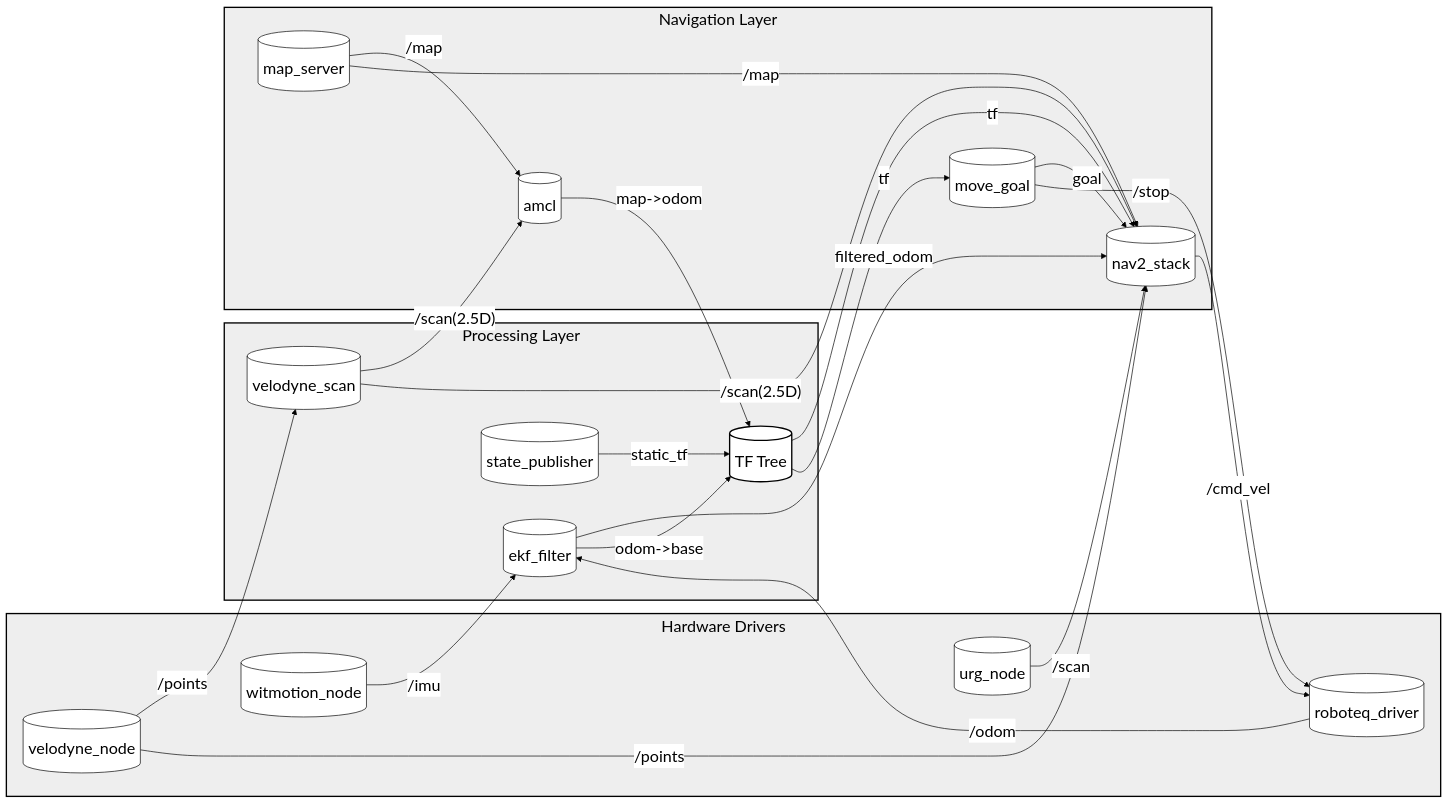
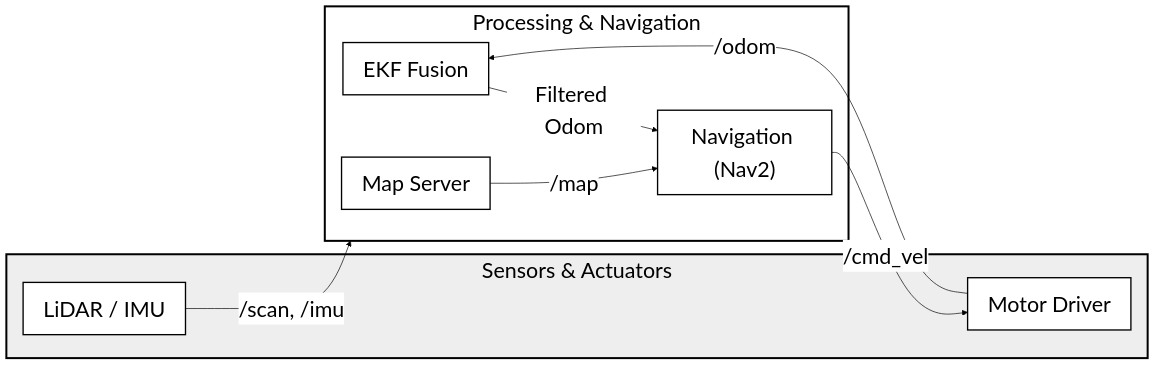
Before and after one commit to YakiFrog/sirius_jazzy_ws: the diagram in docs/system_diagram_paper.md, drawn with Mermaid.

````diff
--- a/docs/system_diagram_paper.md
+++ b/docs/system_diagram_paper.md
@@ -5,65 +5,49 @@
 ```mermaid
 %%{init: {
   'theme': 'base', 
   'themeVariables': { 
-    'fontSize': '24px',
+    'fontSize': '32px',
     'fontFamily': 'arial',
     'primaryColor': '#ffffff', 
     'primaryTextColor': '#000000', 
     'primaryBorderColor': '#000000', 
     'lineColor': '#000000', 
     'tertiaryColor': '#ffffff', 
     'clusterBkg': '#ffffff', 
     'clusterBorder': '#000000', 
     'titleColor': '#000000',
-    'edgeLabelBackground':'#ffffff'
+    'edgeLabelBackground':'#ffffff',
+    'nodeSpacing': 100,
+    'rankSpacing': 150
   }
 }}%%
 graph LR
-    subgraph HW ["Hardware Drivers"]
-        WIMU[("witmotion_node")]
-        VELO[("velodyne_node")]
-        URG[("urg_node")]
-        MCTRL[("roboteq_driver")]
+    subgraph HW ["Sensors & Actuators"]
+        SENSORS["LiDAR / IMU"]
+        DRIVE["Motor Driver"]
     end
 
-    subgraph Core ["Processing Layer"]
-        EKF[("ekf_filter")]
-        VSCAN[("velodyne_scan")]
-        RSP[("state_publisher")]
-        TFT[("TF Tree")]
-    end
-
-    subgraph Nav ["Navigation Layer"]
-        AMCL[("amcl")]
-        NAV2[("nav2_stack")]
-        MAP[("map_server")]
-        MOVE[("move_goal")]
+    subgraph CORE ["Processing & Navigation"]
+        EKF["EKF Fusion"]
+        NAV2["Navigation (Nav2)"]
+        MAP["Map Server"]
     end
 
     %% Data Flow
-    WIMU -- "/imu" --> EKF
-    VELO -- "/points" --> VSCAN & NAV2
-    URG -- "/scan" --> NAV2
-    MCTRL -- "/odom" --> EKF
-
-    RSP -- "static_tf" --> TFT
-    EKF -- "filtered_odom" --> NAV2
-    EKF -- "odom->base" --> TFT
-    AMCL -- "map->odom" --> TFT
-    VSCAN -- "/scan(2.5D)" --> AMCL & NAV2
-
-    TFT -- "tf" --> NAV2 & MOVE
-    MAP -- "/map" --> AMCL & NAV2
+    SENSORS -- "/scan, /imu" --> CORE
+    DRIVE -- "/odom" --> EKF
     
-    MOVE -- "goal" --> NAV2
-    MOVE -- "/stop" --> MCTRL
+    EKF -- "Filtered Odom" --> NAV2
+    MAP -- "/map" --> NAV2
     
-    NAV2 -- "/cmd_vel" --> MCTRL
+    NAV2 -- "/cmd_vel" --> DRIVE
 
     %% Minimalistic styles
-    style HW fill:#eee,stroke:#000,stroke-width:2px
-    style Core fill:#eee,stroke:#000,stroke-width:2px
-    style Nav fill:#eee,stroke:#000,stroke-width:2px
-    style TFT fill:#fff,stroke:#000,stroke-width:2px
+    style HW fill:#eee,stroke:#000,stroke-width:3px
+    style CORE fill:#fff,stroke:#000,stroke-width:3px
+    style SENSORS fill:#fff,stroke:#000,stroke-width:2px
+    style DRIVE fill:#fff,stroke:#000,stroke-width:2px
+    style EKF fill:#fff,stroke:#000,stroke-width:2px
+    style NAV2 fill:#fff,stroke:#000,stroke-width:2px
+    style MAP fill:#fff,stroke:#000,stroke-width:2px
 ```
````
